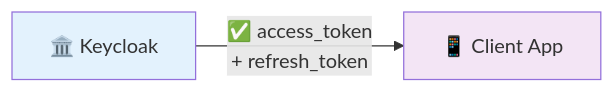
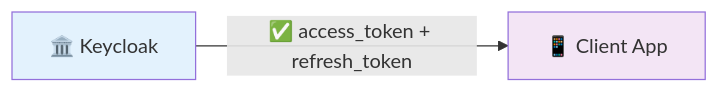
One commit to lele-maxwell/adorsys-gis-blog3 changed the third of 5 diagrams in docs/blog/direct-access-grant/slides.md. Above: the diagram before and after it, drawn with Mermaid. The commit also changed other lines of this file, not shown here.

Commit message:
Fix slides.md file to have a better explanation of what the process and what it does and correct explanation of the Direct grant flow

````diff
--- a/docs/blog/direct-access-grant/slides.md
+++ b/docs/blog/direct-access-grant/slides.md
@@ -97,7 +97,7 @@
 ```mermaid
 flowchart LR
-    A[🏛️ Keycloak] -->|"✅ access_token<br/>+ refresh_token"| B[📱 Client App]
+    A["🏛️ Keycloak"] -->|"✅ access_token + refresh_token"| B["📱 Client App"]
     
     style A fill:#e3f2fd
     style B fill:#f3e5f5
 ```
````
